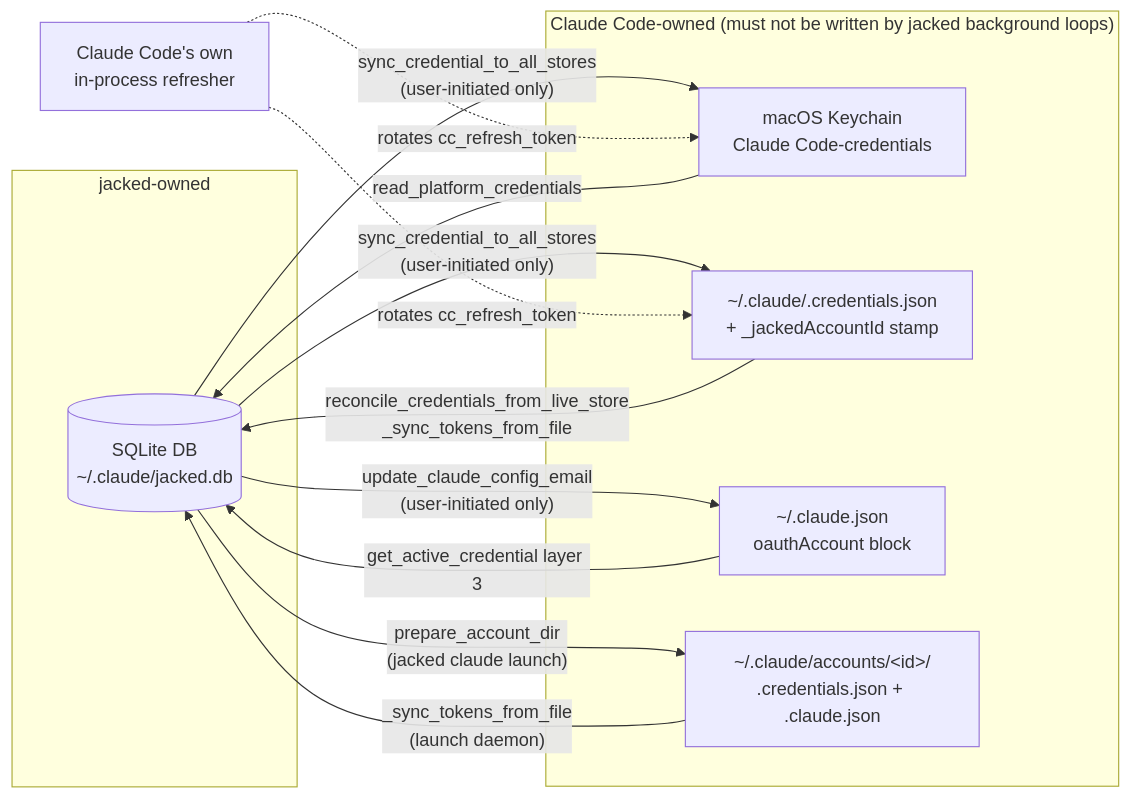
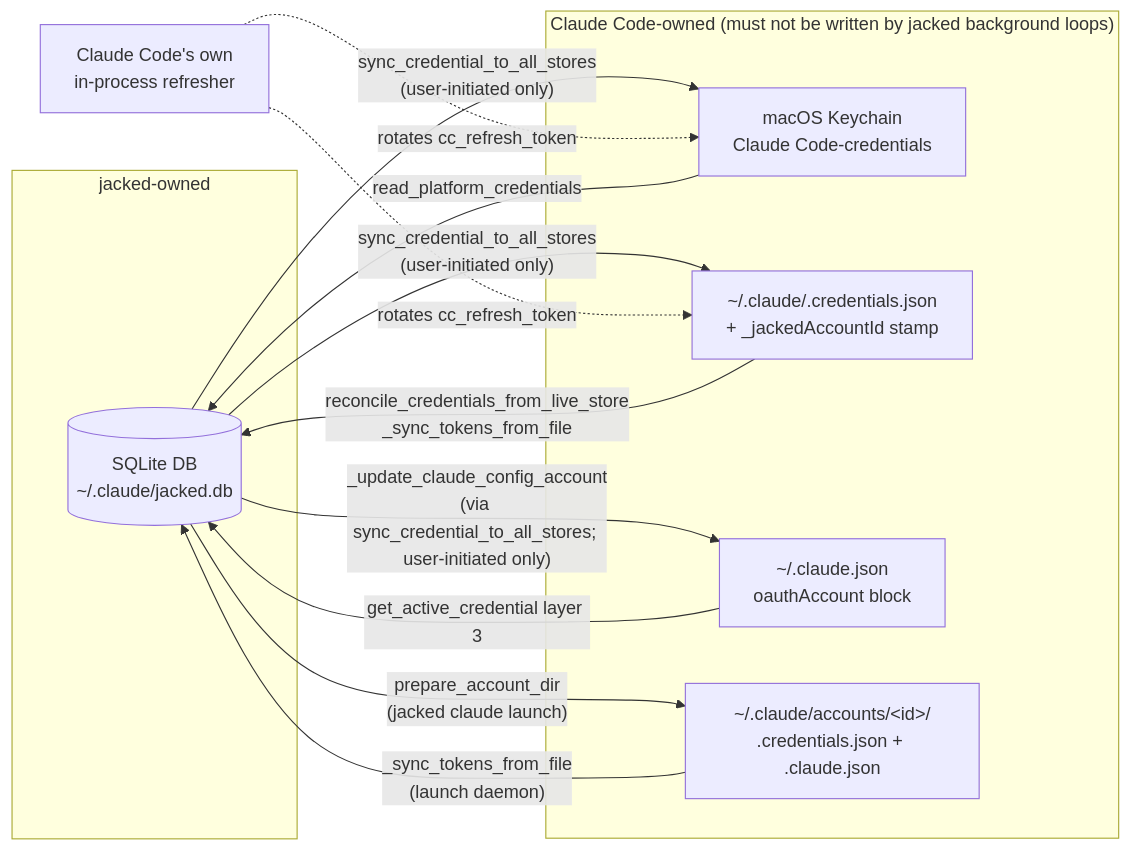
The first of 8 diagrams in docs/architecture/oauth-and-credential-flows.md (jackneil/claude-jacked), drawn with Mermaid before and after one commit. The commit also changed other lines of this file and 7 other files, not shown here.

````diff
--- a/docs/architecture/oauth-and-credential-flows.md
+++ b/docs/architecture/oauth-and-credential-flows.md
@@ -116,25 +119,25 @@
 ```mermaid
 flowchart LR
     subgraph JackedOwned["jacked-owned"]
         DB[(SQLite DB<br/>~/.claude/jacked.db)]
     end
     subgraph CCOwned["Claude Code-owned (must not be written by jacked background loops)"]
         KC[macOS Keychain<br/>Claude Code-credentials]
         CF[~/.claude/.credentials.json<br/>+ _jackedAccountId stamp]
         CJ[~/.claude.json<br/>oauthAccount block]
         PD[~/.claude/accounts/&lt;id&gt;/<br/>.credentials.json + .claude.json]
     end
 
     DB -- "sync_credential_to_all_stores<br/>(user-initiated only)" --> KC
     DB -- "sync_credential_to_all_stores<br/>(user-initiated only)" --> CF
-    DB -- "update_claude_config_email<br/>(user-initiated only)" --> CJ
+    DB -- "_update_claude_config_account<br/>(via sync_credential_to_all_stores; user-initiated only)" --> CJ
     DB -- "prepare_account_dir<br/>(jacked claude launch)" --> PD
 
     KC -- "read_platform_credentials" --> DB
     CF -- "reconcile_credentials_from_live_store<br/>_sync_tokens_from_file" --> DB
     CJ -- "get_active_credential layer 3" --> DB
     PD -- "_sync_tokens_from_file<br/>(launch daemon)" --> DB
 
     CCRefresher[Claude Code's own<br/>in-process refresher] -.->|rotates cc_refresh_token| KC
     CCRefresher -.->|rotates cc_refresh_token| CF
 ```
````
